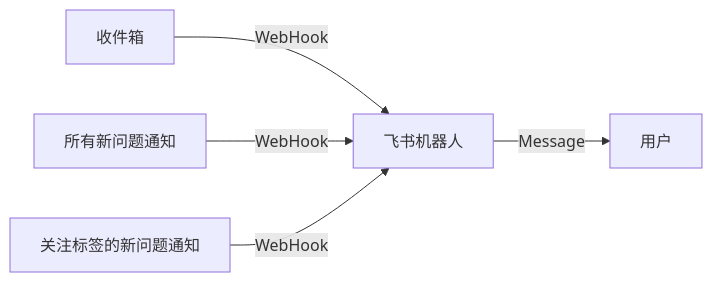
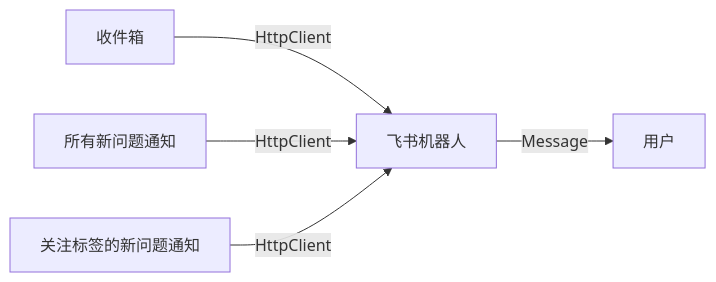
The second of 2 diagrams in source/_posts/development-notes-for-apache-answer-plugin.md (sosyz/blog), drawn with Mermaid before and after one commit. The commit also changed other lines of this file, not shown here.

````diff
--- a/source/_posts/development-notes-for-apache-answer-plugin.md
+++ b/source/_posts/development-notes-for-apache-answer-plugin.md
@@ -39,6 +41,6 @@
 ```mermaid
 graph LR
-    A[收件箱] --WebHook--> B[飞书机器人] --Message--> C[用户]
-    D[所有新问题通知] --WebHook--> B
-    E[关注标签的新问题通知] --WebHook--> B
+    A[收件箱] --HttpClient--> B[飞书机器人] --Message--> C[用户]
+    D[所有新问题通知] --HttpClient--> B
+    E[关注标签的新问题通知] --HttpClient--> B
 ```
````
